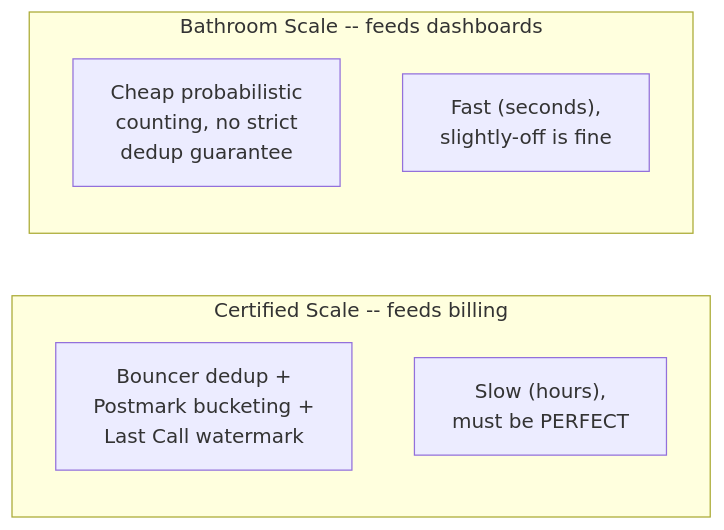
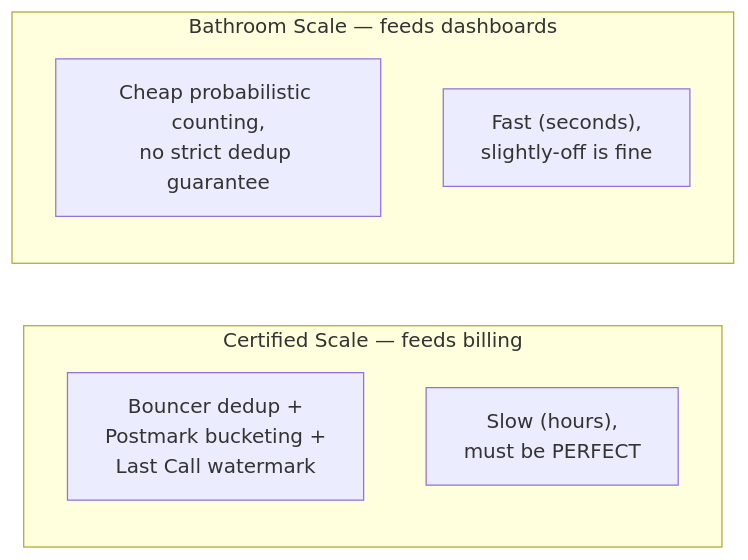
The eighth of 12 diagrams in system-design/HLD/0-course/63-Design-an-Ad-Click-Aggregation-System-FAANG-Guide-story.md (riyaz-pasha/Learnings), drawn with Mermaid before and after one commit. The commit also changed other lines of this file and 1 other file, not shown here.

Commit message:
[REWRITE] Ad Click Aggregation System story guide: simplify prose, add structure, fix diagrams

````diff
--- a/system-design/HLD/0-course/63-Design-an-Ad-Click-Aggregation-System-FAANG-Guide-story.md
+++ b/system-design/HLD/0-course/63-Design-an-Ad-Click-Aggregation-System-FAANG-Guide-story.md
@@ -192,11 +464,11 @@
 ```mermaid
 flowchart LR
-    subgraph Exact["Certified Scale -- feeds billing"]
-        E1["Bouncer dedup +\nPostmark bucketing +\nLast Call watermark"]
-        E2["Slow (hours),\nmust be PERFECT"]
+    subgraph Exact["Certified Scale — feeds billing"]
+        E1["Bouncer dedup +<br/>Postmark bucketing +<br/>Last Call watermark"]
+        E2["Slow (hours),<br/>must be PERFECT"]
     end
-    subgraph Approx["Bathroom Scale -- feeds dashboards"]
-        A1["Cheap probabilistic\ncounting, no strict\ndedup guarantee"]
-        A2["Fast (seconds),\nslightly-off is fine"]
+    subgraph Approx["Bathroom Scale — feeds dashboards"]
+        A1["Cheap probabilistic counting,<br/>no strict dedup guarantee"]
+        A2["Fast (seconds),<br/>slightly-off is fine"]
     end
 ```
````
